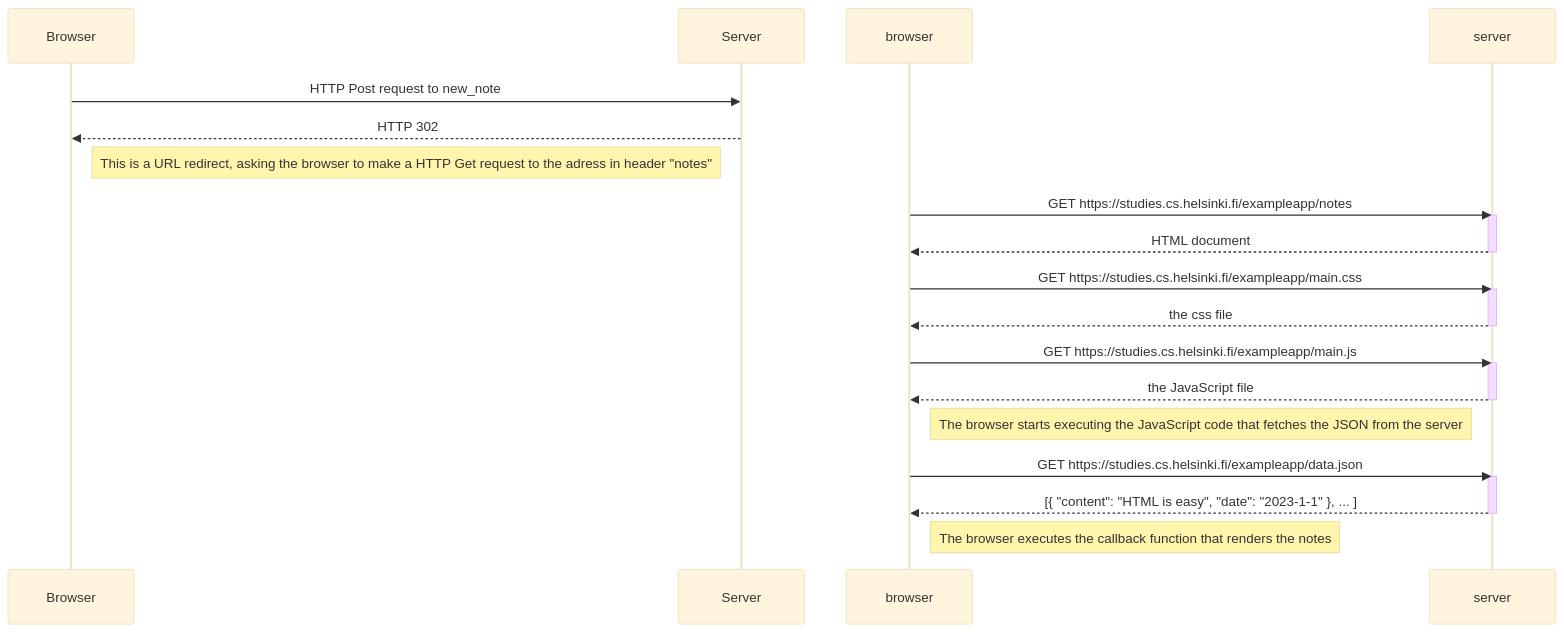
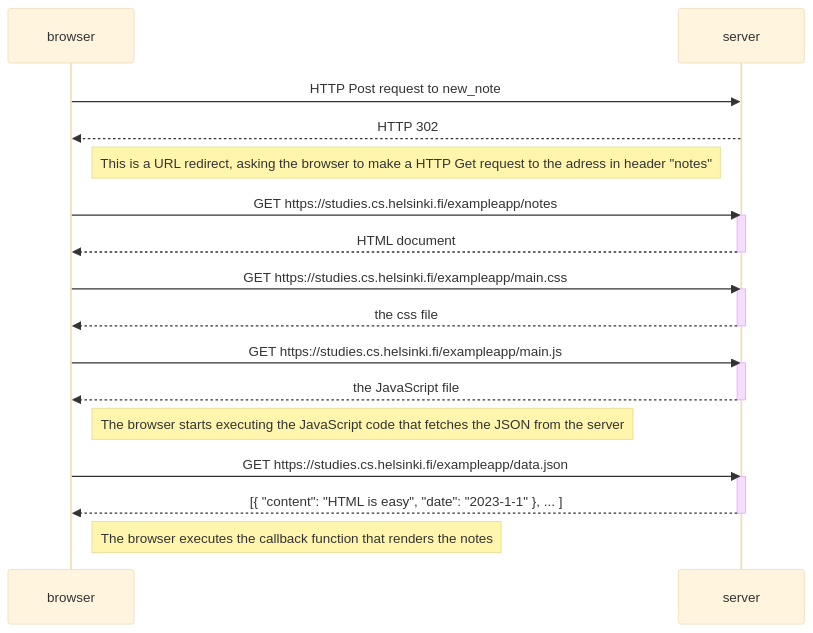
One commit to Bazax/FullstackSubmissions changed the diagram in part0/0.4:new note diagram.md. Above: the diagram before and after it, drawn with Mermaid (base theme).

Commit message:
Update 0.4:new note diagram.md

````diff
--- a/part0/0.4:new note diagram.md
+++ b/part0/0.4:new note diagram.md
@@ -2,32 +2,32 @@
 ```mermaid
 sequenceDiagram
-    Browser->>Server: HTTP Post request to new_note
-    Server-->>Browser: HTTP 302
-    Note right of Browser: This is a URL redirect, asking the browser to make a HTTP Get request to the adress in header "notes"
+    browser->>server: HTTP Post request to new_note
+    server-->>browser: HTTP 302
+    Note right of browser: This is a URL redirect, asking the browser to make a HTTP Get request to the adress in header "notes"
 
     browser->>server: GET https://studies.cs.helsinki.fi/exampleapp/notes
     activate server
     server-->>browser: HTML document
     deactivate server
 
     browser->>server: GET https://studies.cs.helsinki.fi/exampleapp/main.css
     activate server
     server-->>browser: the css file
     deactivate server
 
     browser->>server: GET https://studies.cs.helsinki.fi/exampleapp/main.js
     activate server
     server-->>browser: the JavaScript file
     deactivate server
 
     Note right of browser: The browser starts executing the JavaScript code that fetches the JSON from the server
 
     browser->>server: GET https://studies.cs.helsinki.fi/exampleapp/data.json
     activate server
     server-->>browser: [{ "content": "HTML is easy", "date": "2023-1-1" }, ... ]
     deactivate server
 
     Note right of browser: The browser executes the callback function that renders the notes
 
 
 ```
````
